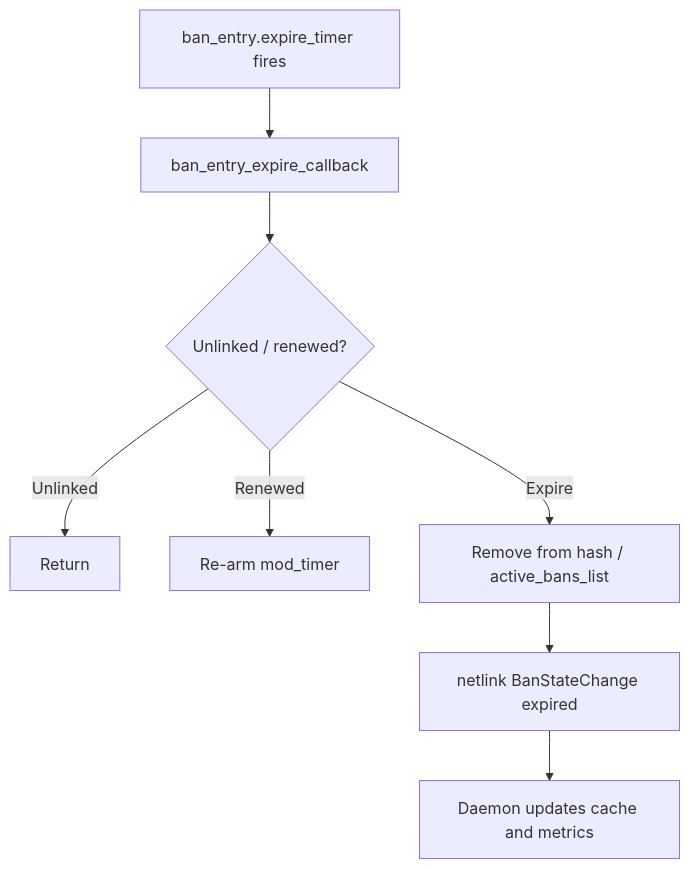
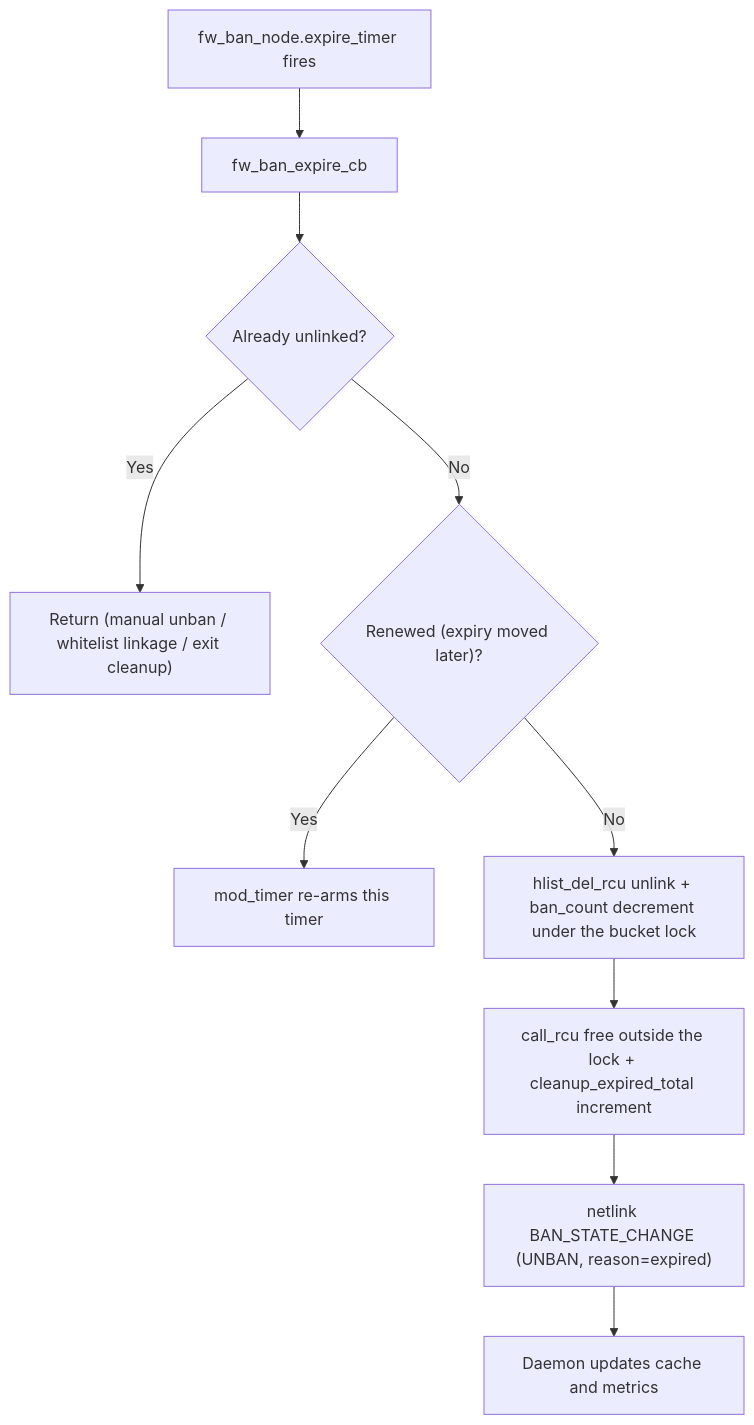
One commit to SnowCore8/linux-firewall-kmod changed the fourth of 6 diagrams in docs/en/architecture/data-flow.md. Above: the diagram before and after it, drawn with Mermaid. The commit also changed other lines of this file and 1 other file, not shown here.

````diff
--- a/docs/en/architecture/data-flow.md
+++ b/docs/en/architecture/data-flow.md
@@ -58,10 +168,12 @@
 ```mermaid
 graph TB
-    A["ban_entry.expire_timer fires"] --> B["ban_entry_expire_callback"]
-    B --> C{"Unlinked / renewed?"}
-    C -->|Unlinked| D["Return"]
-    C -->|Renewed| E["Re-arm mod_timer"]
-    C -->|Expire| F["Remove from hash / active_bans_list"]
-    F --> G["netlink BanStateChange expired"]
-    G --> H["Daemon updates cache and metrics"]
+    A["fw_ban_node.expire_timer fires"] --> B["fw_ban_expire_cb"]
+    B --> C{"Already unlinked?"}
+    C -->|Yes| D["Return (manual unban / whitelist linkage / exit cleanup)"]
+    C -->|No| E{"Renewed (expiry moved later)?"}
+    E -->|Yes| F["mod_timer re-arms this timer"]
+    E -->|No| G["hlist_del_rcu unlink + ban_count decrement under the bucket lock"]
+    G --> H["call_rcu free outside the lock + cleanup_expired_total increment"]
+    H --> I["netlink BAN_STATE_CHANGE (UNBAN, reason=expired)"]
+    I --> J["Daemon updates cache and metrics"]
 ```
````
